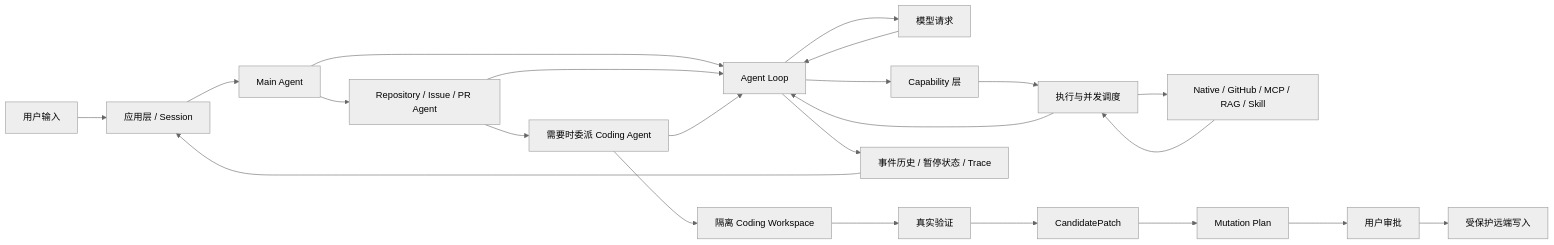
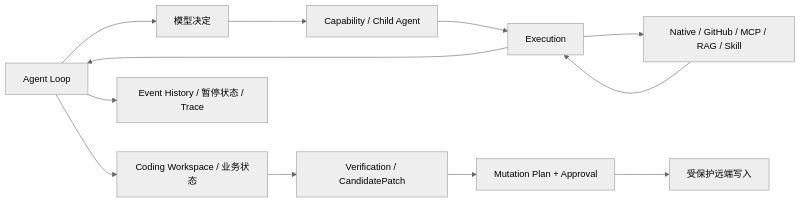
Before and after one commit to Arthur999459up/GitAgent: the second of 2 diagrams in docs/README.md, drawn with Mermaid (neutral theme). The commit also changed other lines of this file and 15 other files, not shown here.

````diff
--- a/docs/README.md
+++ b/docs/README.md
@@ -20,25 +35,14 @@
 ```mermaid
 flowchart LR
-    U[用户输入] --> APP[应用层 / Session]
-    APP --> MAIN[Main Agent]
-    MAIN --> DOMAIN[Repository / Issue / PR Agent]
-    DOMAIN --> CODE[需要时委派 Coding Agent]
-    MAIN --> LOOP[Agent Loop]
-    DOMAIN --> LOOP
-    CODE --> LOOP
-    LOOP --> MODEL[模型请求]
-    MODEL --> LOOP
-    LOOP --> CAP[Capability 层]
-    CAP --> EXEC[执行与并发调度]
-    EXEC --> TOOL[Native / GitHub / MCP / RAG / Skill]
-    TOOL --> EXEC
-    EXEC --> LOOP
-    CODE --> WS[隔离 Coding Workspace]
-    WS --> VERIFY[真实验证]
-    VERIFY --> CAND[CandidatePatch]
-    CAND --> PLAN[Mutation Plan]
-    PLAN --> APPROVAL[用户审批]
-    APPROVAL --> REMOTE[受保护远端写入]
-    LOOP --> STATE[事件历史 / 暂停状态 / Trace]
-    STATE --> APP
+    A[Agent Loop] --> M[模型决定]
+    M --> C[Capability / Child Agent]
+    C --> E[Execution]
+    E --> P[Native / GitHub / MCP / RAG / Skill]
+    P --> E
+    E --> A
+    A --> W[Coding Workspace / 业务状态]
+    W --> V[Verification / CandidatePatch]
+    V --> R[Mutation Plan + Approval]
+    R --> G[受保护远端写入]
+    A --> S[Event History / 暂停状态 / Trace]
 ```
````
